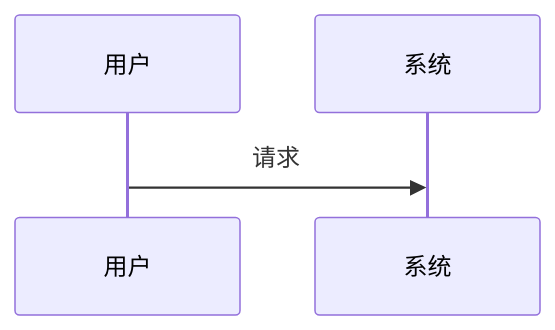
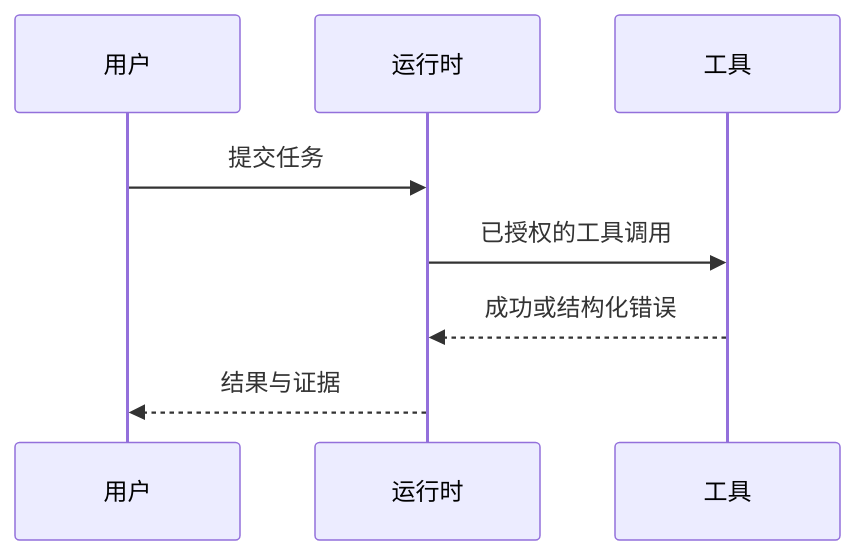
The second of 3 diagrams in docs/MERMAID_SPEC.md (Cypher-hey/footprint), drawn with Mermaid before and after one commit. The commit also changed other lines of this file and 12 other files, not shown here.

````diff
--- a/docs/MERMAID_SPEC.md
+++ b/docs/MERMAID_SPEC.md
@@ -94,6 +27,10 @@
 ```mermaid
 sequenceDiagram
-participant A as 用户
-participant B as 系统
-A->>B: 请求
+    participant U as 用户
+    participant R as 运行时
+    participant T as 工具
+    U->>R: 提交任务
+    R->>T: 已授权的工具调用
+    T-->>R: 成功或结构化错误
+    R-->>U: 结果与证据
 ```
````
